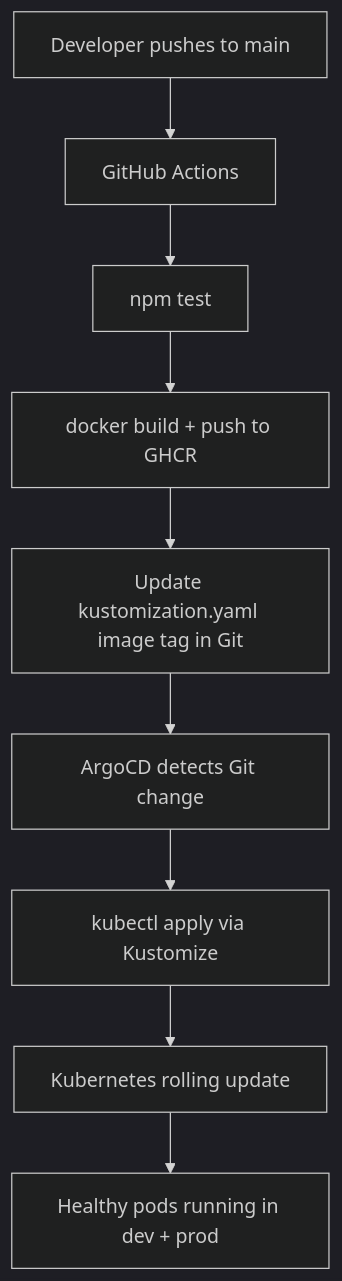
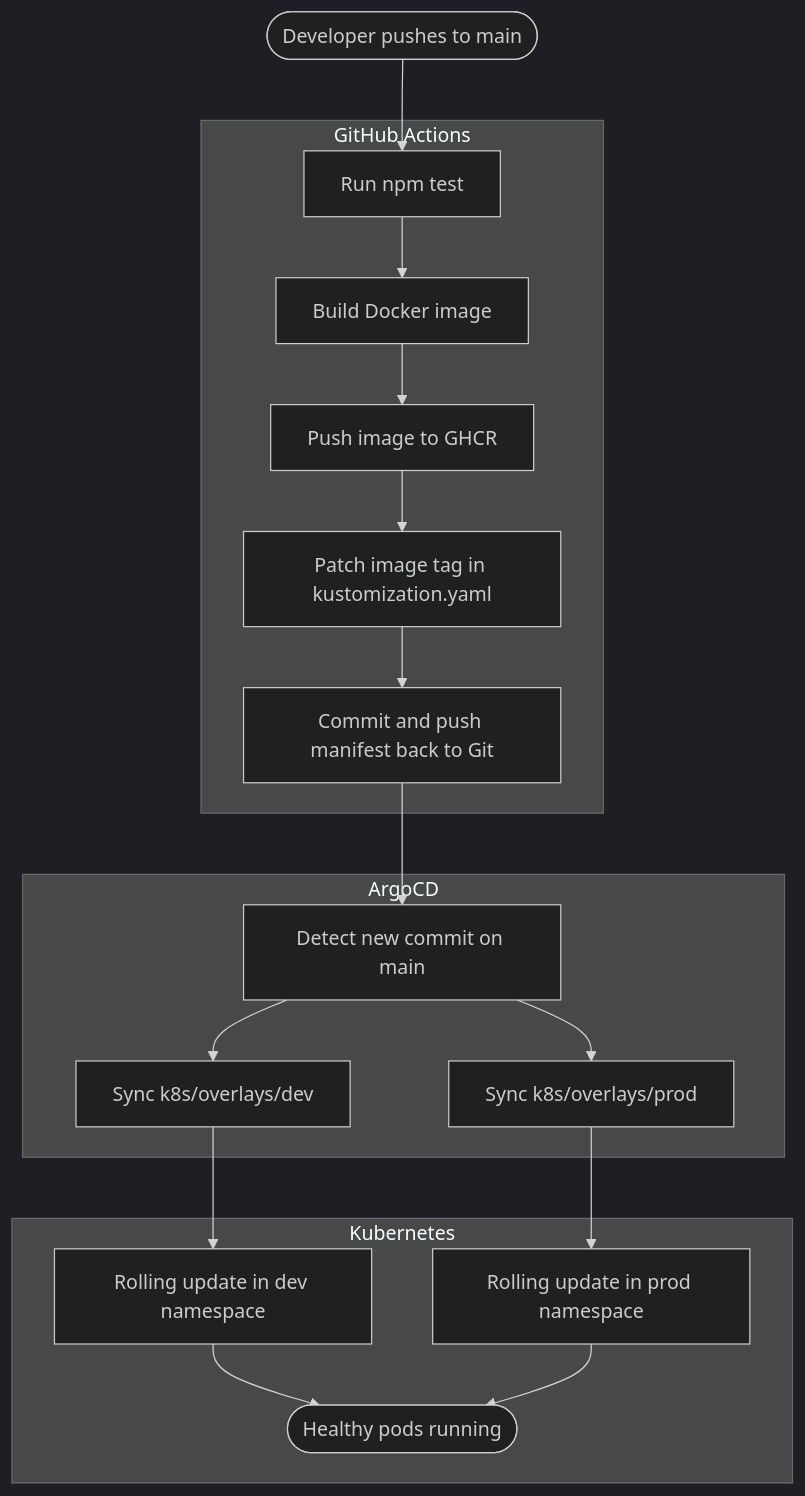
One commit to code-and-secure/Autonomous-Release-Orchestration-Platform changed the diagram in README.md. Above: the diagram before and after it, drawn with Mermaid (dark theme).

Commit message:
fix: rewrite Mermaid diagram to fix blank render caused by special characters

````diff
--- a/README.md
+++ b/README.md
@@ -27,11 +27,24 @@
 ```mermaid
 flowchart TD
-  A[Developer pushes to main] --> B[GitHub Actions]
-  B --> C[npm test]
-  C --> D[docker build + push to GHCR]
-  D --> E[Update kustomization.yaml image tag in Git]
-  E --> F[ArgoCD detects Git change]
-  F --> G[kubectl apply via Kustomize]
-  G --> H[Kubernetes rolling update]
-  H --> I[Healthy pods running in dev + prod]
+    A([Developer pushes to main]) --> B
+
+    subgraph CI [GitHub Actions]
+        B[Run npm test] --> C[Build Docker image]
+        C --> D[Push image to GHCR]
+        D --> E[Patch image tag in kustomization.yaml]
+        E --> F[Commit and push manifest back to Git]
+    end
+
+    subgraph CD [ArgoCD]
+        F --> G[Detect new commit on main]
+        G --> H[Sync k8s/overlays/dev]
+        G --> I[Sync k8s/overlays/prod]
+    end
+
+    subgraph K8S [Kubernetes]
+        H --> J[Rolling update in dev namespace]
+        I --> K[Rolling update in prod namespace]
+        J --> L([Healthy pods running])
+        K --> L
+    end
 ```
````
